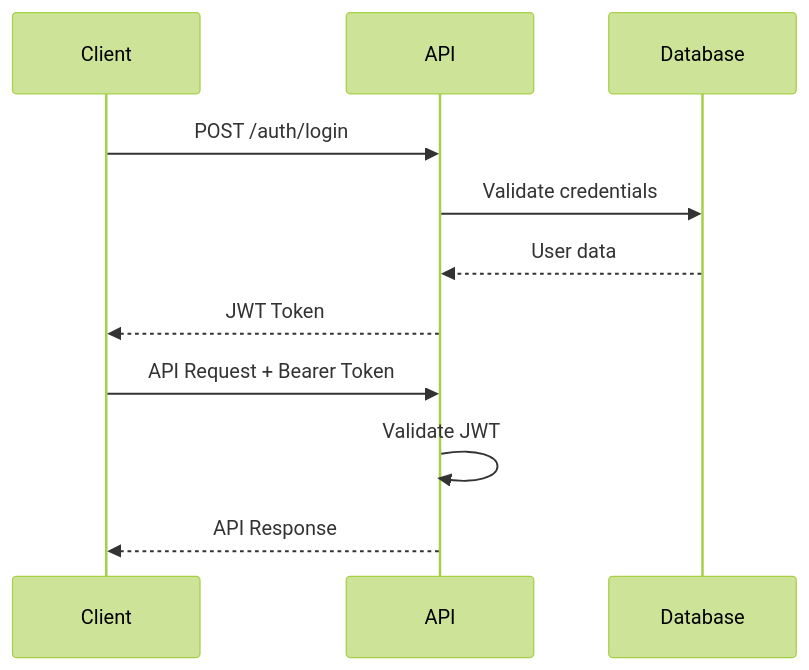
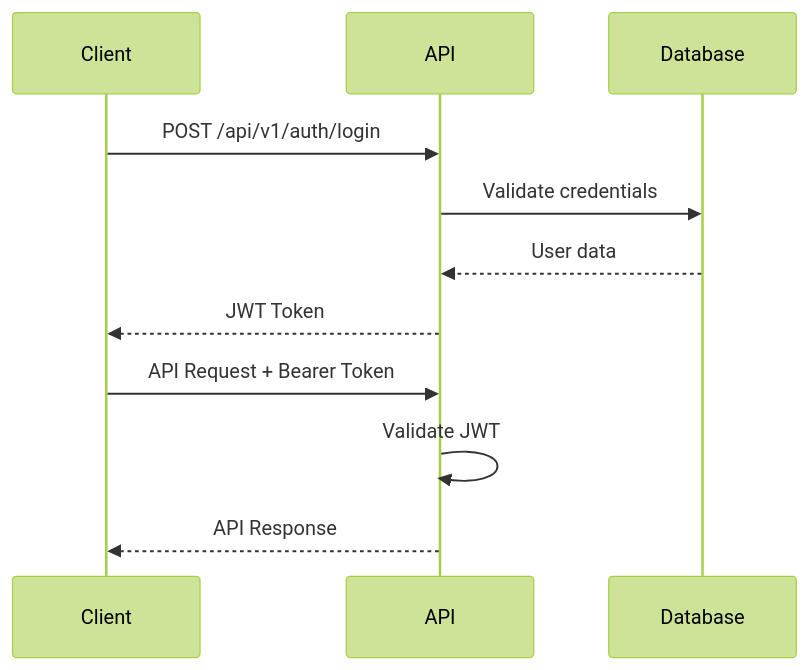
One commit to arkalia-luna-system/arkalia-cia changed the second of 2 diagrams in docs/API.md. Above: the diagram before and after it, drawn with Mermaid (forest theme). The commit also changed other lines of this file and 59 other files, not shown here.

````diff
--- a/docs/API.md
+++ b/docs/API.md
@@ -523,15 +536,15 @@
 ```mermaid
 sequenceDiagram
     participant C as Client
     participant A as API
     participant D as Database
 
-    C->>A: POST /auth/login
+    C->>A: POST /api/v1/auth/login
     A->>D: Validate credentials
     D-->>A: User data
     A-->>C: JWT Token
 
     C->>A: API Request + Bearer Token
     A->>A: Validate JWT
     A-->>C: API Response
 ```
````
